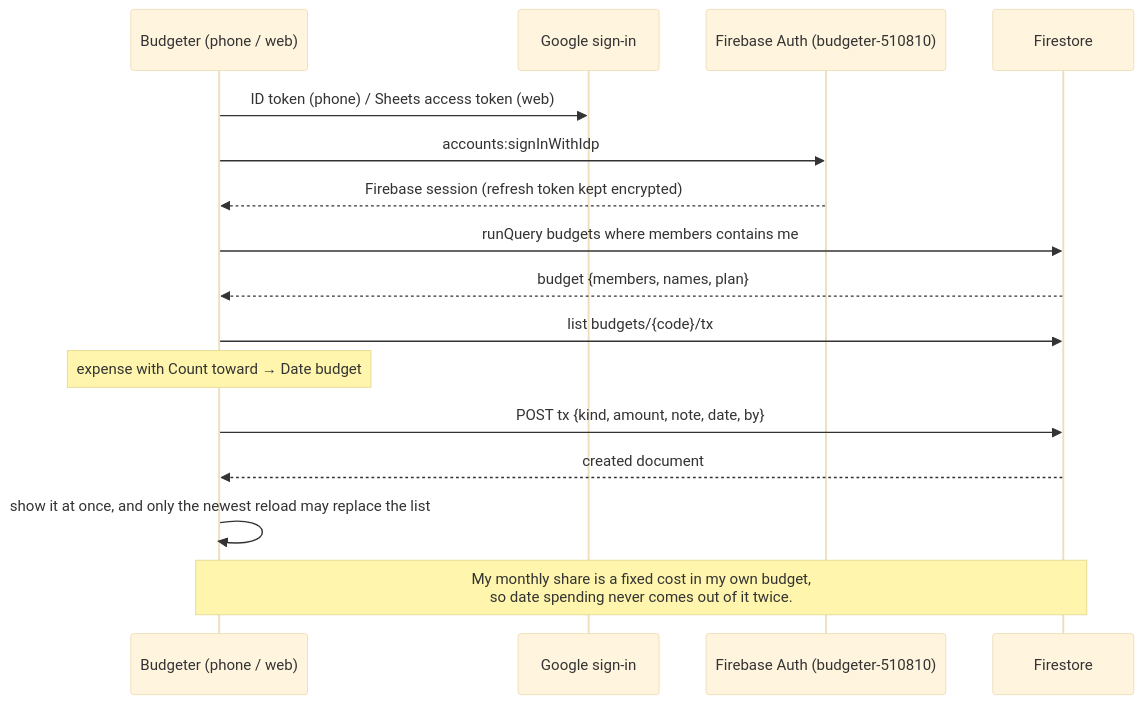
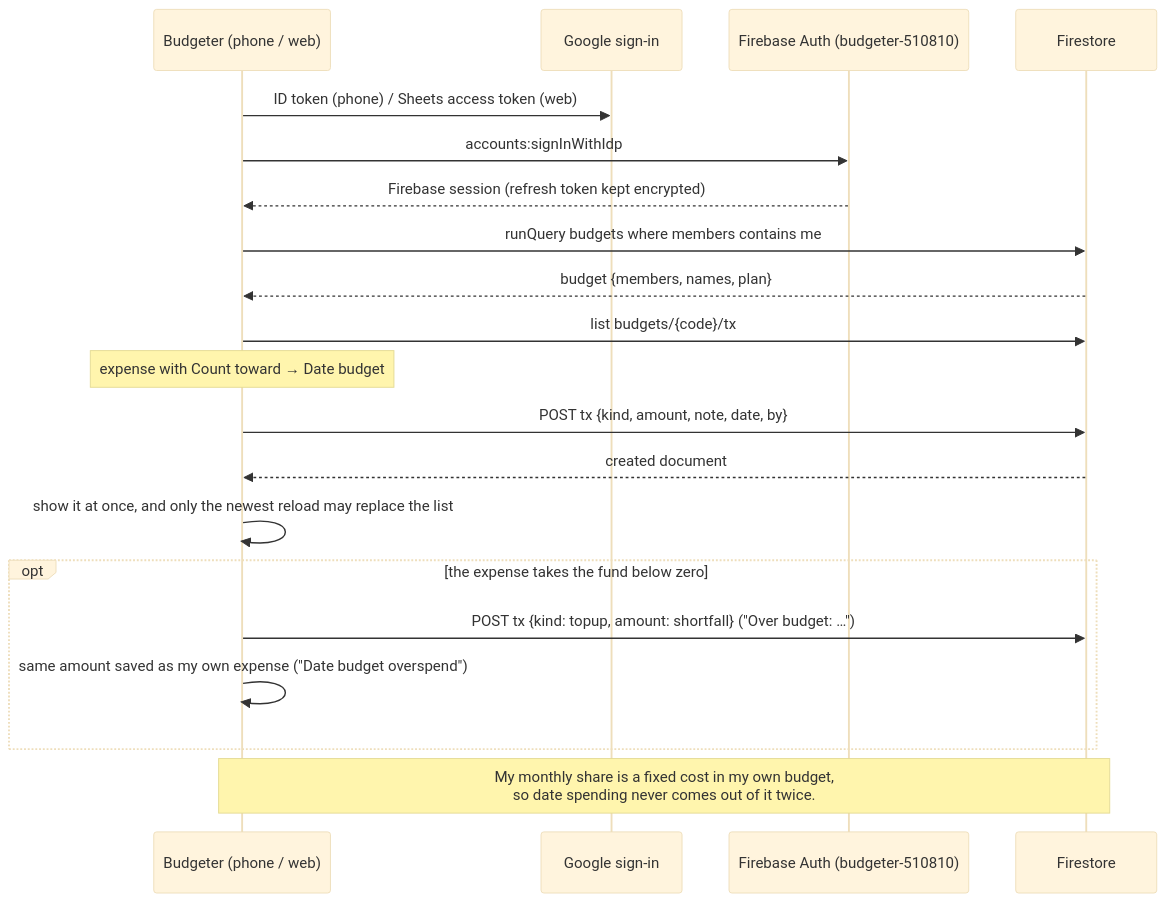
One commit to nyx-ulrix/budgeter changed the sixth of 8 diagrams in README.md. Above: the diagram before and after it, drawn with Mermaid (base theme). The commit also changed other lines of this file and 7 other files, not shown here.

Commit message:
Handover (PLAN.md §14) and README: Gemini low thinking, money audit fixes, date overspend; refresh the graphify map with docs

````diff
--- a/README.md
+++ b/README.md
@@ -145,18 +145,22 @@
 ```mermaid
 sequenceDiagram
     participant App as Budgeter (phone / web)
     participant G as Google sign-in
     participant FA as Firebase Auth (budgeter-510810)
     participant FS as Firestore
     App->>G: ID token (phone) / Sheets access token (web)
     App->>FA: accounts:signInWithIdp
     FA-->>App: Firebase session (refresh token kept encrypted)
     App->>FS: runQuery budgets where members contains me
     FS-->>App: budget {members, names, plan}
     App->>FS: list budgets/{code}/tx
     Note over App: expense with Count toward → Date budget
     App->>FS: POST tx {kind, amount, note, date, by}
     FS-->>App: created document
     App->>App: show it at once, and only the newest reload may replace the list
+    opt the expense takes the fund below zero
+        App->>FS: POST tx {kind: topup, amount: shortfall} ("Over budget: …")
+        App->>App: same amount saved as my own expense ("Date budget overspend")
+    end
     Note over App,FS: My monthly share is a fixed cost in my own budget,<br/>so date spending never comes out of it twice.
 ```
````
